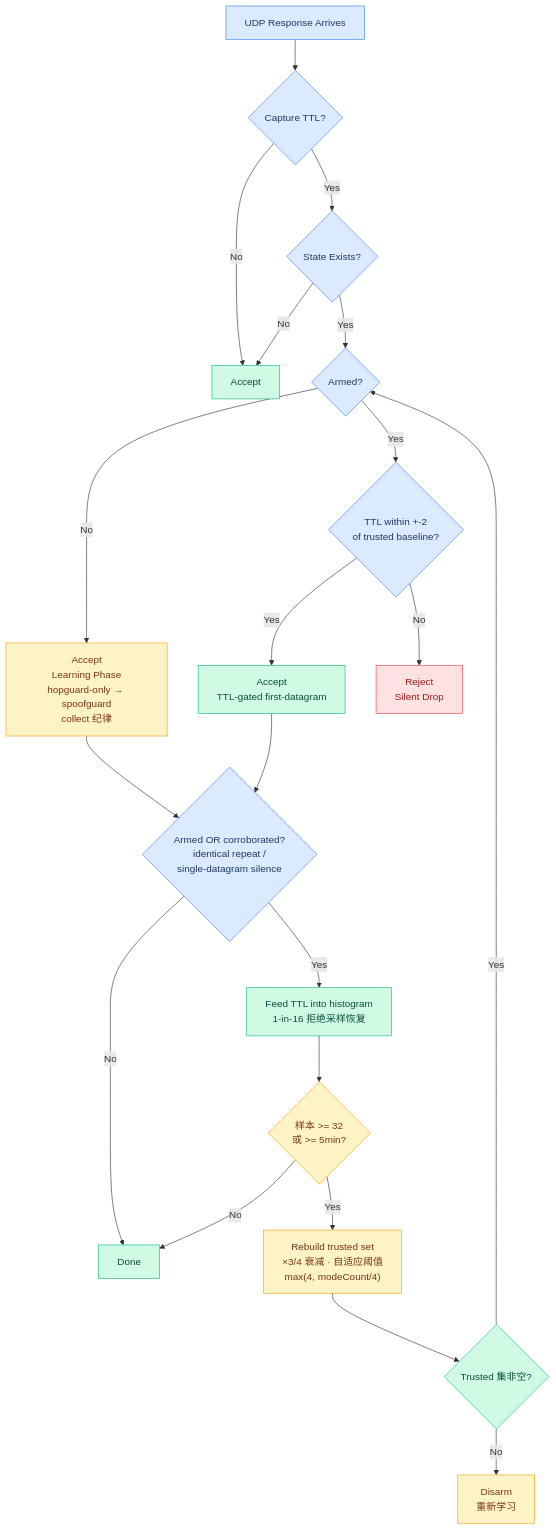
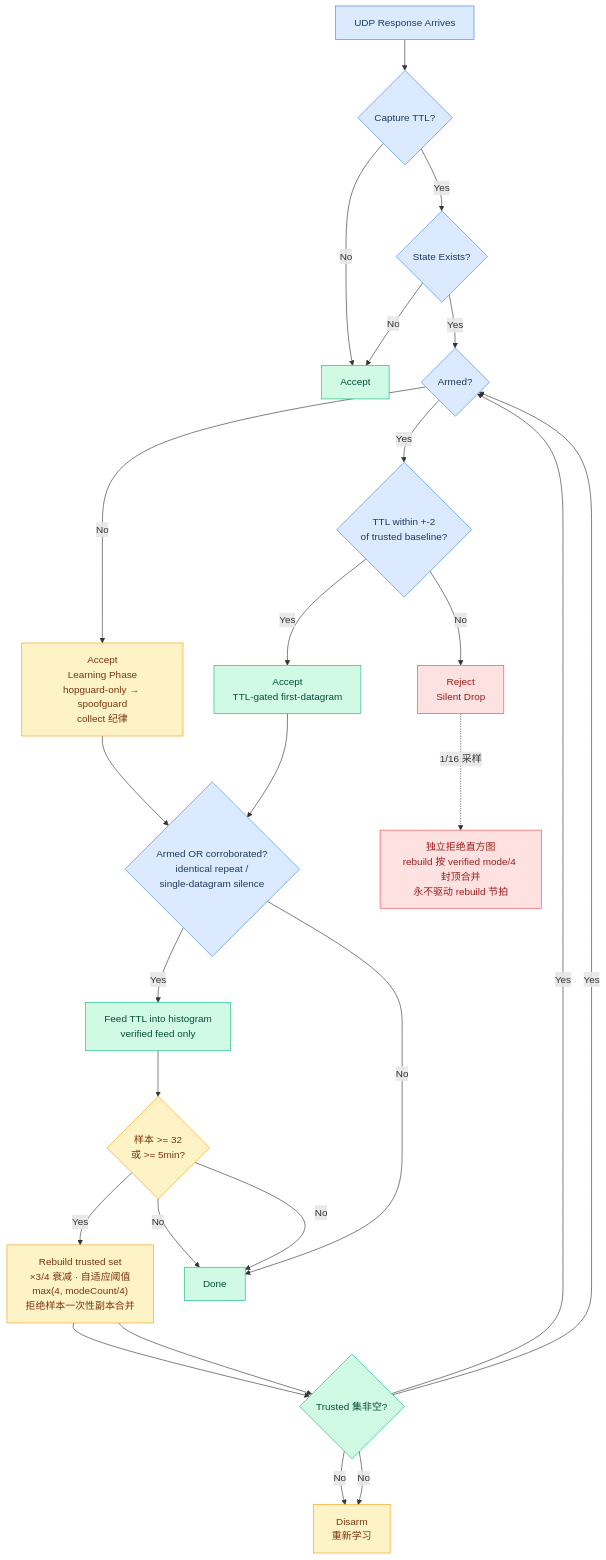
One commit to hezhijie0327/ZJDNS changed diagram 19 of 37 in docs/FLOWCHARTS.md. Above: the diagram before and after it, drawn with Mermaid. The commit also changed other lines of this file and 1 other file, not shown here.

First line of the commit message:
docs: sync FLOWCHARTS with Round 6 defense, MQTYPE, cache and pool semantics

````diff
--- a/docs/FLOWCHARTS.md
+++ b/docs/FLOWCHARTS.md
@@ -528,30 +531,35 @@
 ```mermaid
 graph TD
     Q[UDP Response Arrives] --> CAP{Capture TTL?}
     CAP -->|No| PASS[Accept]
     CAP -->|Yes| VS{State Exists?}
     VS -->|No| PASS
     VS -->|Yes| ARMED{Armed?}
     ARMED -->|No| LEARN[Accept<br/>Learning Phase<br/>hopguard-only → spoofguard<br/>collect 纪律]
     ARMED -->|Yes| CHECK{TTL within +-2<br/>of trusted baseline?}
     CHECK -->|Yes| PASS2[Accept<br/>TTL-gated first-datagram]
     CHECK -->|No| REJECT[Reject<br/>Silent Drop]
+    REJECT -.->|"1/16 采样"| RJHIST["独立拒绝直方图<br/>rebuild 按 verified mode/4 封顶合并<br/>永不驱动 rebuild 节拍"]
     LEARN --> GATE
     PASS2 --> GATE{"Armed OR corroborated?<br/>identical repeat /<br/>single-datagram silence"}
-    GATE -->|Yes| FEED[Feed TTL into histogram<br/>1-in-16 拒绝采样恢复]
+    GATE -->|Yes| FEED[Feed TTL into histogram<br/>verified feed only]
     GATE -->|No| DONE[Done — 不进基线]
     FEED --> TIMER{"样本 >= 32<br/>或 >= 5min?"}
-    TIMER -->|Yes| REBUILD["Rebuild trusted set<br/>×3/4 衰减 · 自适应阈值<br/>max(4, modeCount/4)"]
+    TIMER -->|Yes| REBUILD["Rebuild trusted set<br/>×3/4 衰减 · 自适应阈值<br/>max(4, modeCount/4)<br/>拒绝样本一次性副本合并"]
+    REBUILD --> ARM{Trusted 集非空?}
+    ARM -->|Yes| ARMED
+    ARM -->|No| DISARM[Disarm<br/>重新学习]
+    TIMER -->|No| DONE[Done]
     REBUILD --> ARM{Trusted 集非空?}
     ARM -->|Yes| ARMED
     ARM -->|No| DISARM[Disarm<br/>重新学习]
     TIMER -->|No| DONE[Done]
     classDef ok fill:#d1fae5,stroke:#10b981,color:#064e3b
     classDef reject fill:#fee2e2,stroke:#ef4444,color:#991b1b
     classDef learn fill:#fef3c7,stroke:#f59e0b,color:#78350f
     classDef pass fill:#dbeafe,stroke:#3b82f6,color:#1e3a5f
     class PASS,PASS2,FEED,DONE,ARM ok
-    class REJECT reject
+    class REJECT,RJHIST reject
     class TIMER,REBUILD,DISARM,LEARN learn
     class Q,CAP,VS,ARMED,CHECK,GATE pass
 ```
````
